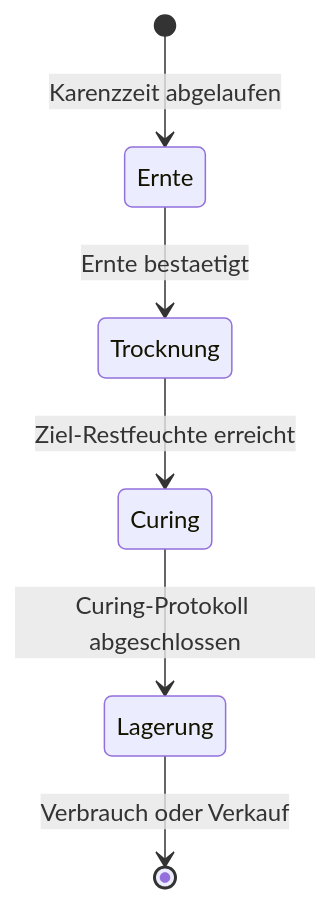
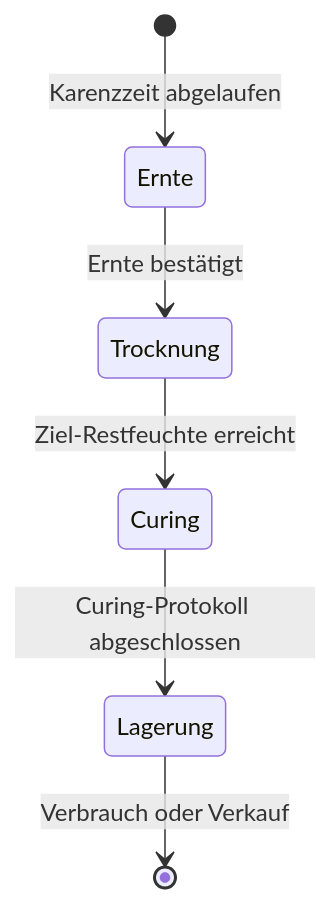
One commit to nolte/kamerplanter changed the diagram in docs/de/guides/post-harvest.md. Above: the diagram before and after it, drawn with Mermaid. The commit also changed other lines of this file and 77 other files, not shown here.

````diff
--- a/docs/de/guides/post-harvest.md
+++ b/docs/de/guides/post-harvest.md
@@ -37,8 +37,8 @@
 ```mermaid
 stateDiagram-v2
     [*] --> Ernte: Karenzzeit abgelaufen
-    Ernte --> Trocknung: Ernte bestaetigt
+    Ernte --> Trocknung: Ernte bestätigt
     Trocknung --> Curing: Ziel-Restfeuchte erreicht
     Curing --> Lagerung: Curing-Protokoll abgeschlossen
     Lagerung --> [*]: Verbrauch oder Verkauf
 ```
````
